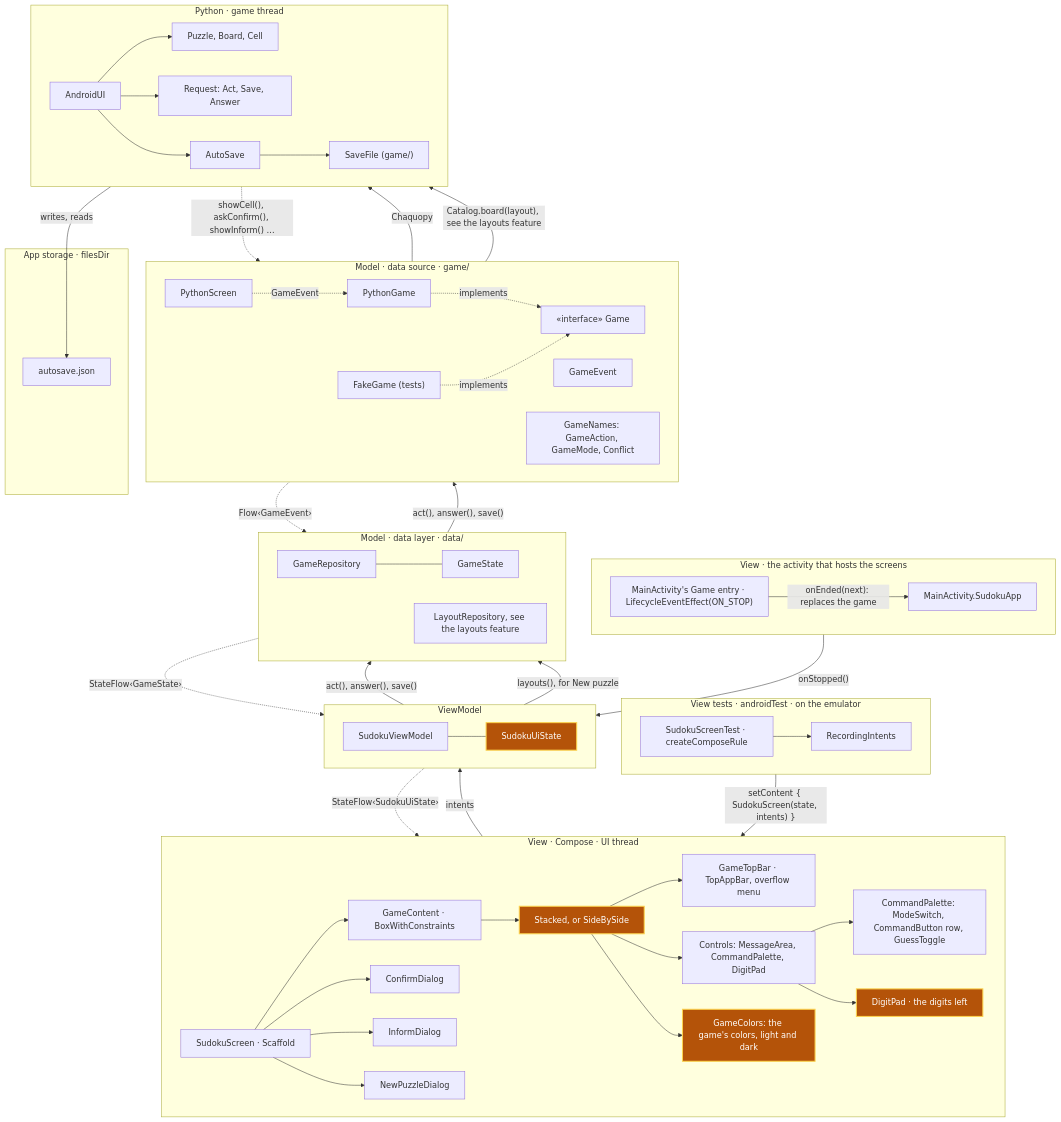
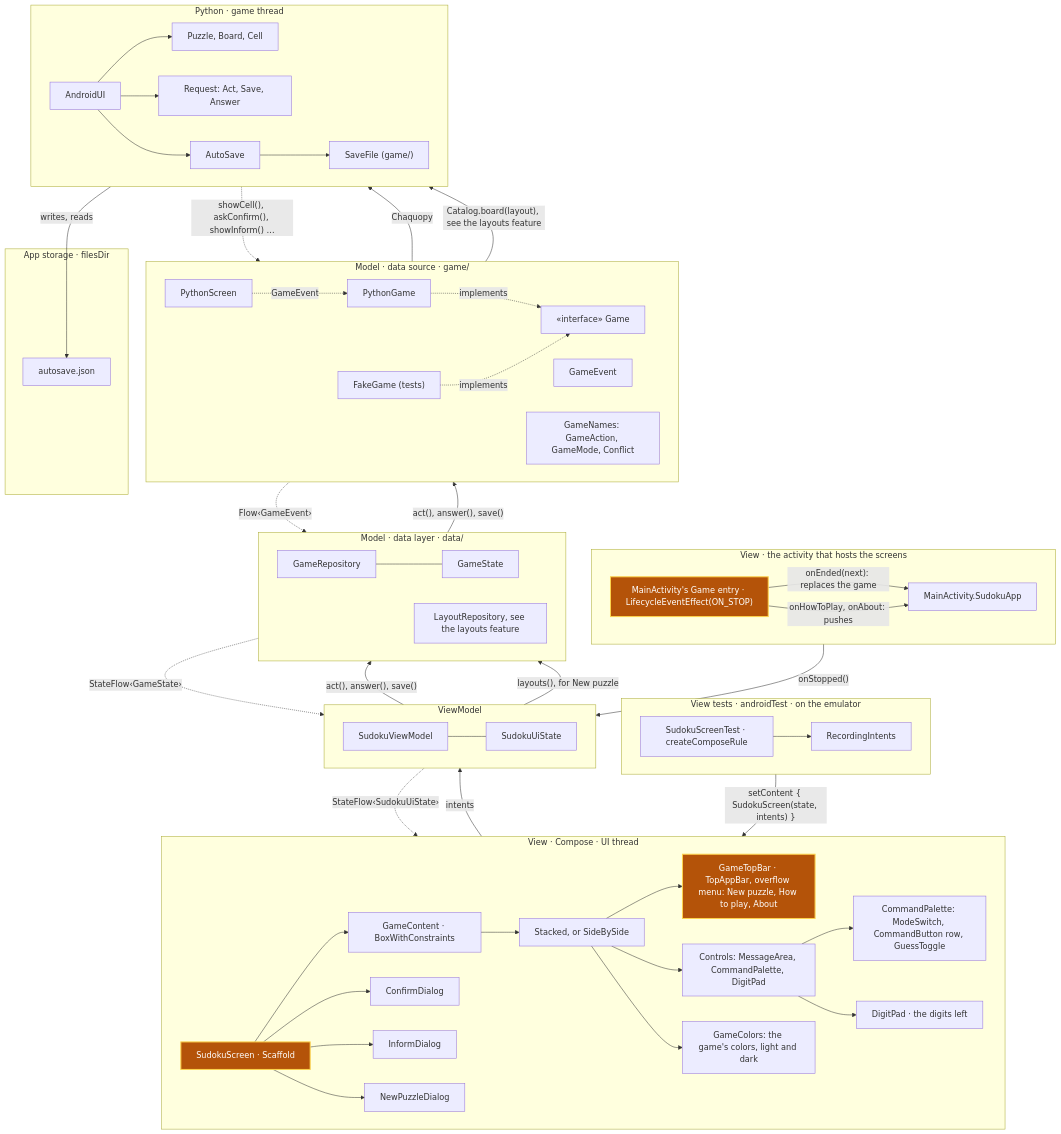
Before and after one commit to aivanov61/sudoku-solver: the fifth of 19 diagrams in android/docs/architecture.md, drawn with Mermaid. The commit also changed other lines of this file and 15 other files, not shown here.

Commit message:
Add How to play and About to the game's menu, each a screen pushed onto the Navigation 3 back stack on top of the game and popped by Up or Back, with How to play's text in string resources and About showing the build's version and the GNU GPL notice through its own view model, as step 10c of MVP 1.

````diff
--- a/android/docs/architecture.md
+++ b/android/docs/architecture.md
@@ -246,78 +254,79 @@
 ```mermaid
 flowchart TB
     subgraph Host["View · the activity that hosts the screens"]
         direction LR
         SudokuApp["MainActivity.SudokuApp"]
         GameEntry["MainActivity's Game entry · LifecycleEventEffect(ON_STOP)"]
     end
 
     subgraph View["View · Compose · UI thread"]
         direction LR
         SudokuScreen["SudokuScreen · Scaffold"] --> GameContent["GameContent · BoxWithConstraints"]
         GameContent --> Board["Stacked, or SideBySide"]
-        Board --> GameTopBar["GameTopBar · TopAppBar, overflow menu"]
+        Board --> GameTopBar["GameTopBar · TopAppBar, overflow menu: New puzzle, How to play, About"]
         Board --> Controls["Controls: MessageArea, CommandPalette, DigitPad"]
         Controls --> CommandPalette["CommandPalette: ModeSwitch, CommandButton row, GuessToggle"]
         Controls --> DigitPad["DigitPad · the digits left"]
         Board --> GameColors["GameColors: the game's colors, light and dark"]
         SudokuScreen --> ConfirmDialog["ConfirmDialog"]
         SudokuScreen --> InformDialog["InformDialog"]
         SudokuScreen --> NewPuzzleDialog
     end
 
     subgraph ViewTests["View tests · androidTest · on the emulator"]
         direction LR
         SudokuScreenTest["SudokuScreenTest · createComposeRule"] --> RecordingIntents["RecordingIntents"]
     end
 
     subgraph VM["ViewModel"]
         direction LR
         SudokuViewModel --- SudokuUiState
     end
 
     subgraph DataLayer["Model · data layer · data/"]
         direction LR
         GameRepository["GameRepository"] --- GameState
         LayoutRepository["LayoutRepository, see the layouts feature"]
     end
 
     subgraph DataSource["Model · data source · game/"]
         direction LR
         PythonGame["PythonGame"] -. implements .-> Game["«interface» Game"]
         GameEvent
         FakeGame["FakeGame (tests)"] -. implements .-> Game
         PythonScreen
         GameNames["GameNames: GameAction, GameMode, Conflict"]
     end
 
     subgraph Python["Python · game thread"]
         direction LR
         AndroidUI["AndroidUI"] --> Puzzle["Puzzle, Board, Cell"]
         AndroidUI --> Requests["Request: Act, Save, Answer"]
         AndroidUI --> AutoSave["AutoSave"]
         AutoSave --> SaveFile["SaveFile (game/)"]
     end
 
     subgraph Storage["App storage · filesDir"]
         AutoSaveFile["autosave.json"]
     end
 
     GameEntry -- "onStopped()" --> SudokuViewModel
     GameEntry -- "onEnded(next): replaces the game" --> SudokuApp
+    GameEntry -- "onHowToPlay, onAbout: pushes" --> SudokuApp
     SudokuScreenTest -- "setContent { SudokuScreen(state, intents) }" --> SudokuScreen
     SudokuScreen -- "intents" --> SudokuViewModel
     SudokuViewModel -. "StateFlow‹SudokuUiState›" .-> SudokuScreen
     SudokuViewModel -- "act(), answer(), save()" --> GameRepository
     SudokuViewModel -- "layouts(), for New puzzle" --> LayoutRepository
     GameRepository -. "StateFlow‹GameState›" .-> SudokuViewModel
     GameRepository -- "act(), answer(), save()" --> Game
     Game -. "Flow‹GameEvent›" .-> GameRepository
     PythonGame -- "Chaquopy" --> AndroidUI
     AndroidUI -. "showCell(), askConfirm(), showInform() …" .-> PythonScreen
     PythonScreen -. "GameEvent" .-> PythonGame
     PythonGame -- "Catalog.board(layout), see the layouts feature" --> AndroidUI
     SaveFile -- "writes, reads" --> AutoSaveFile
 
     classDef changed fill:#b45309,stroke:#fcd34d,stroke-width:2px,color:#ffffff
-    class Board,DigitPad,GameColors,SudokuUiState changed
+    class GameTopBar,SudokuScreen,GameEntry changed
 ```
````
